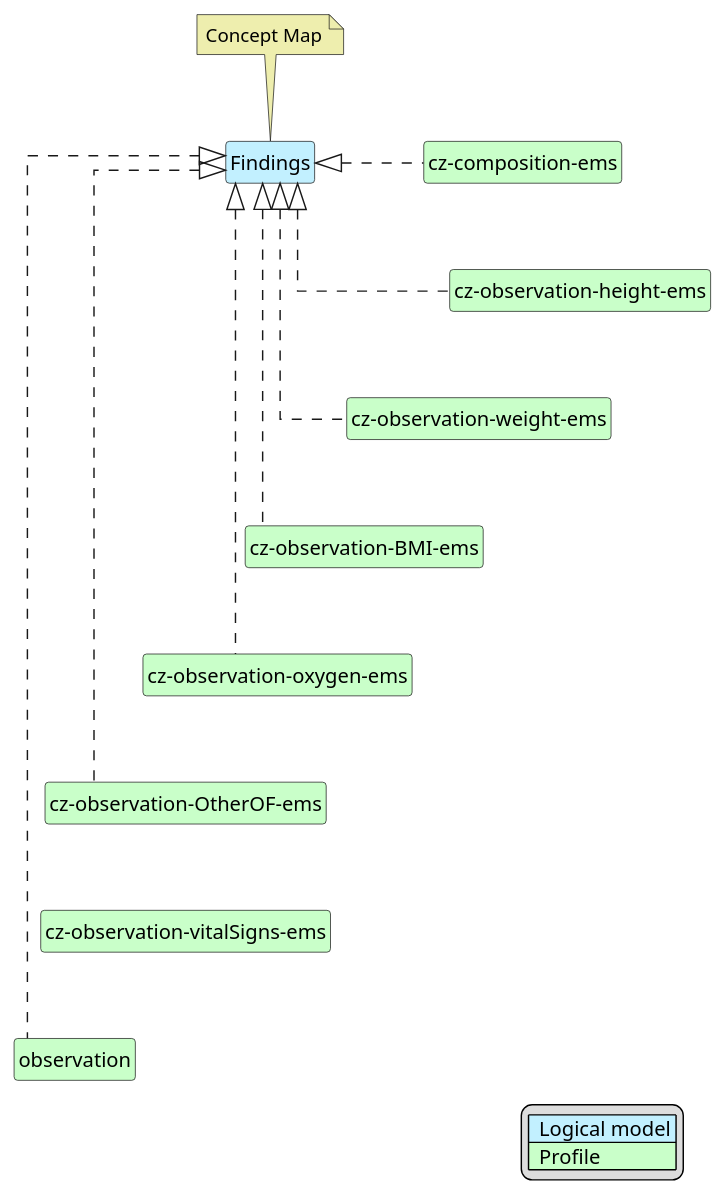
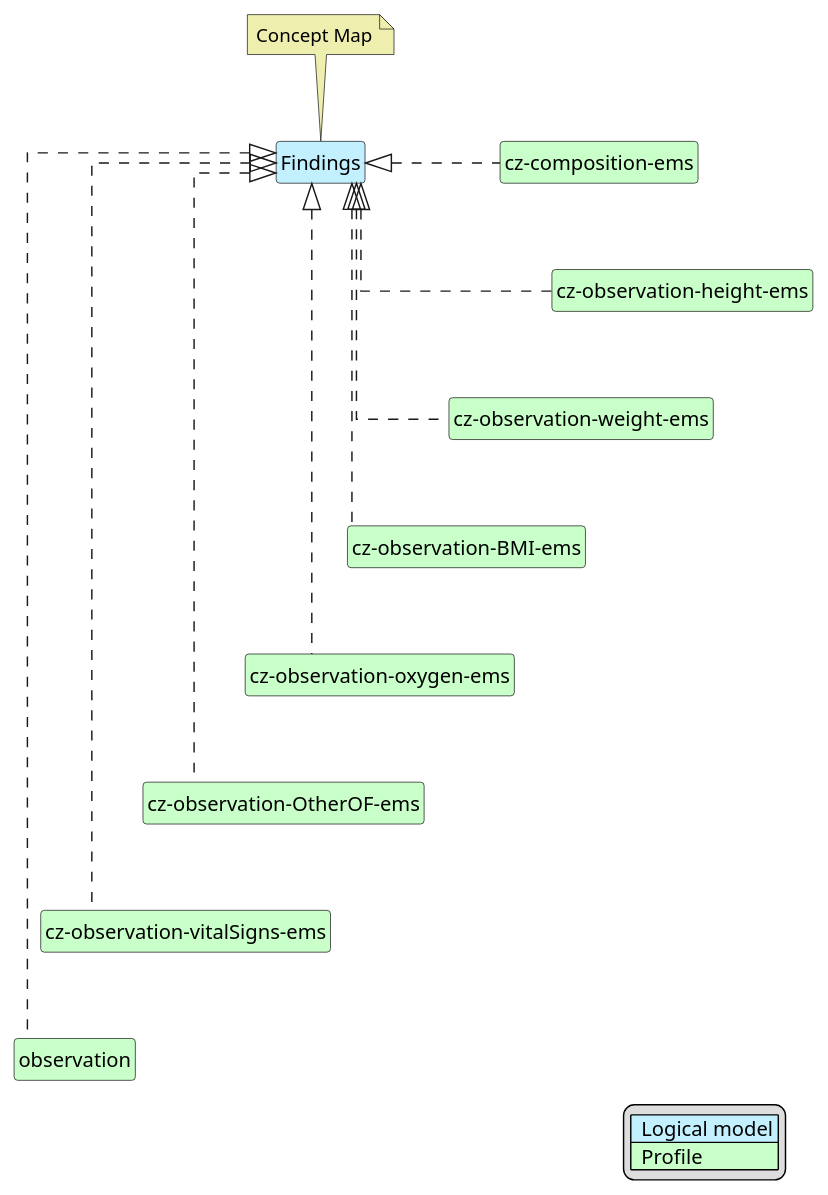
One commit to HL7-cz/cz-ems changed the diagram in input/images-source/emsObjectiveFindings-map.plantuml. Above: the diagram before and after it, drawn with PlantUML. The commit also changed 1 other file, not shown here.

Commit message:
Fix OF plantuml

```diff
--- a/input/images-source/emsObjectiveFindings-map.plantuml
+++ b/input/images-source/emsObjectiveFindings-map.plantuml
@@ -1,46 +1,47 @@
 @startuml
 hide circle
 hide stereotype
 hide members
 hide methods
 skinparam linetype ortho
 skinparam class {
 BackgroundColor<<LogicalModel>> #APPLICATION
 BackgroundColor<<Profile>> #TECHNOLOGY
 }
 legend right
 | <#APPLICATION>  Logical model |
 | <#TECHNOLOGY>  Profile |
 endlegend
 
 class "Findings" <<LogicalModel>> [[StructureDefinition-ObjectiveFindingsEmsCz.html]]
 note top #EEEEAE [[ConceptMap-FindingsEMS2FHIR-cz.html]]
 Concept Map
 endnote
 
 class "cz-composition-ems" <<Profile>> [[StructureDefinition-cz-composition-ems.html]]
 class "cz-observation-height-ems" <<Profile>> [[StructureDefinition-cz-observation-height-ems.html]]
 class "cz-observation-weight-ems" <<Profile>> [[StructureDefinition-cz-observation-weight-ems.html]]
 class "cz-observation-BMI-ems" <<Profile>> [[StructureDefinition-cz-observation-BMI-ems.html]]
 class "cz-observation-vitalSigns-ems" <<Profile>> [[StructureDefinition-cz-observation-vitalSigns-ems.html]]
 class "cz-observation-oxygen-ems" <<Profile>> [[StructureDefinition-cz-observation-oxygen-ems.html]]
 class "cz-observation-OtherOF-ems" <<Profile>> [[StructureDefinition-cz-observation-OtherOF-ems.html]]
 class "observation" <<Profile>> [[https://hl7.org/fhir/R4/observation.html]]
 
 "Findings" <|. "cz-composition-ems"
 "Findings" <|. "cz-observation-height-ems"
 "Findings" <|. "cz-observation-weight-ems"
 "Findings" <|. "cz-observation-BMI-ems"
 "Findings" <|. "cz-observation-oxygen-ems"
 "Findings" <|. "cz-observation-OtherOF-ems"
+"Findings" <|. "cz-observation-vitalSigns-ems"
 "Findings" <|. "observation"
 
 "cz-composition-ems" -d[hidden]-> "cz-observation-height-ems"
 "cz-observation-height-ems" -d[hidden]-> "cz-observation-weight-ems"
 "cz-observation-weight-ems" -d[hidden]-> "cz-observation-BMI-ems"
 "cz-observation-BMI-ems" -d[hidden]-> "cz-observation-oxygen-ems"
 "cz-observation-oxygen-ems" -d[hidden]-> "cz-observation-OtherOF-ems"
 "cz-observation-OtherOF-ems" -d[hidden]-> "cz-observation-vitalSigns-ems"
 "cz-observation-vitalSigns-ems" -d[hidden]-> "observation"
 
 @enduml
```
